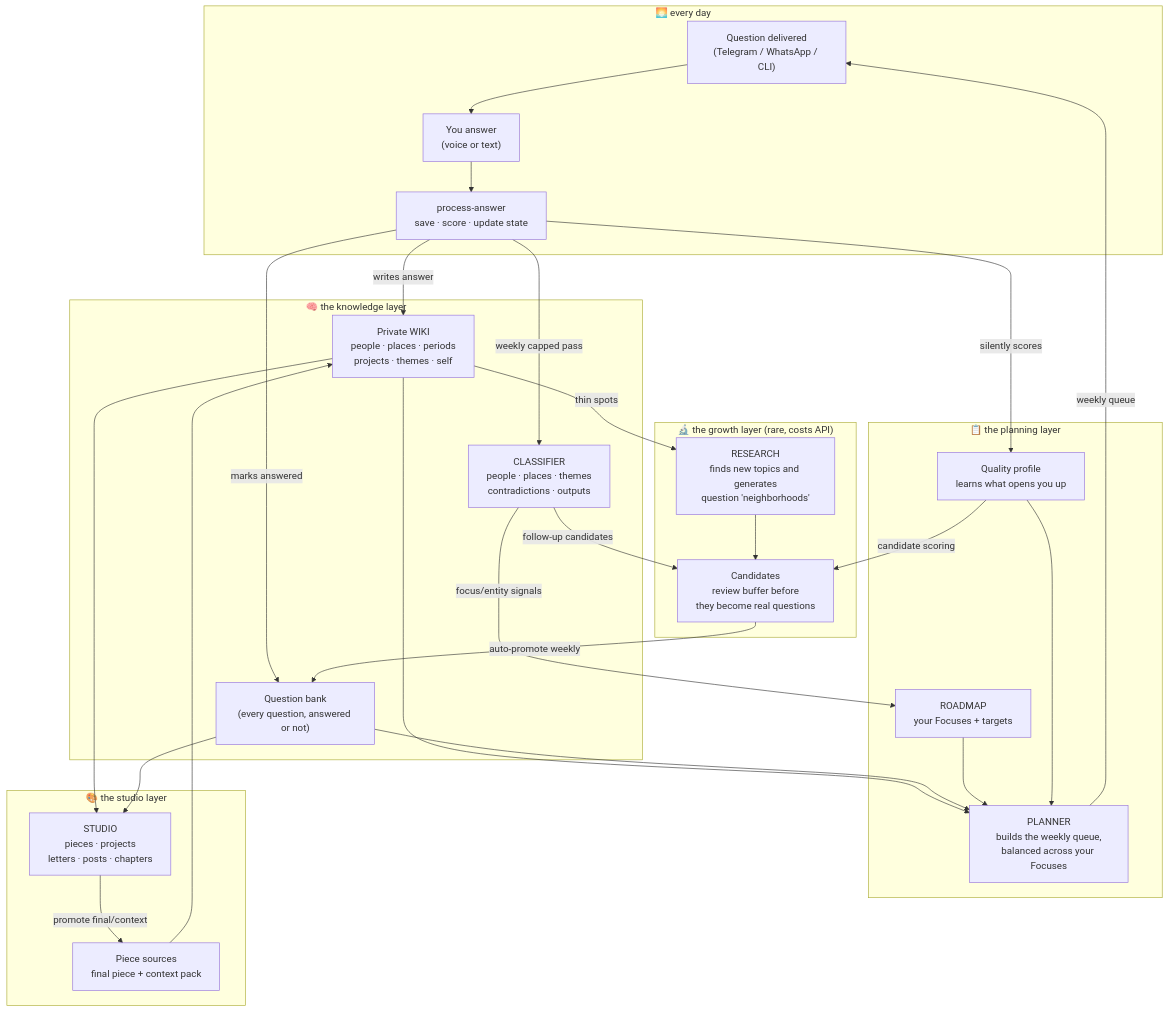
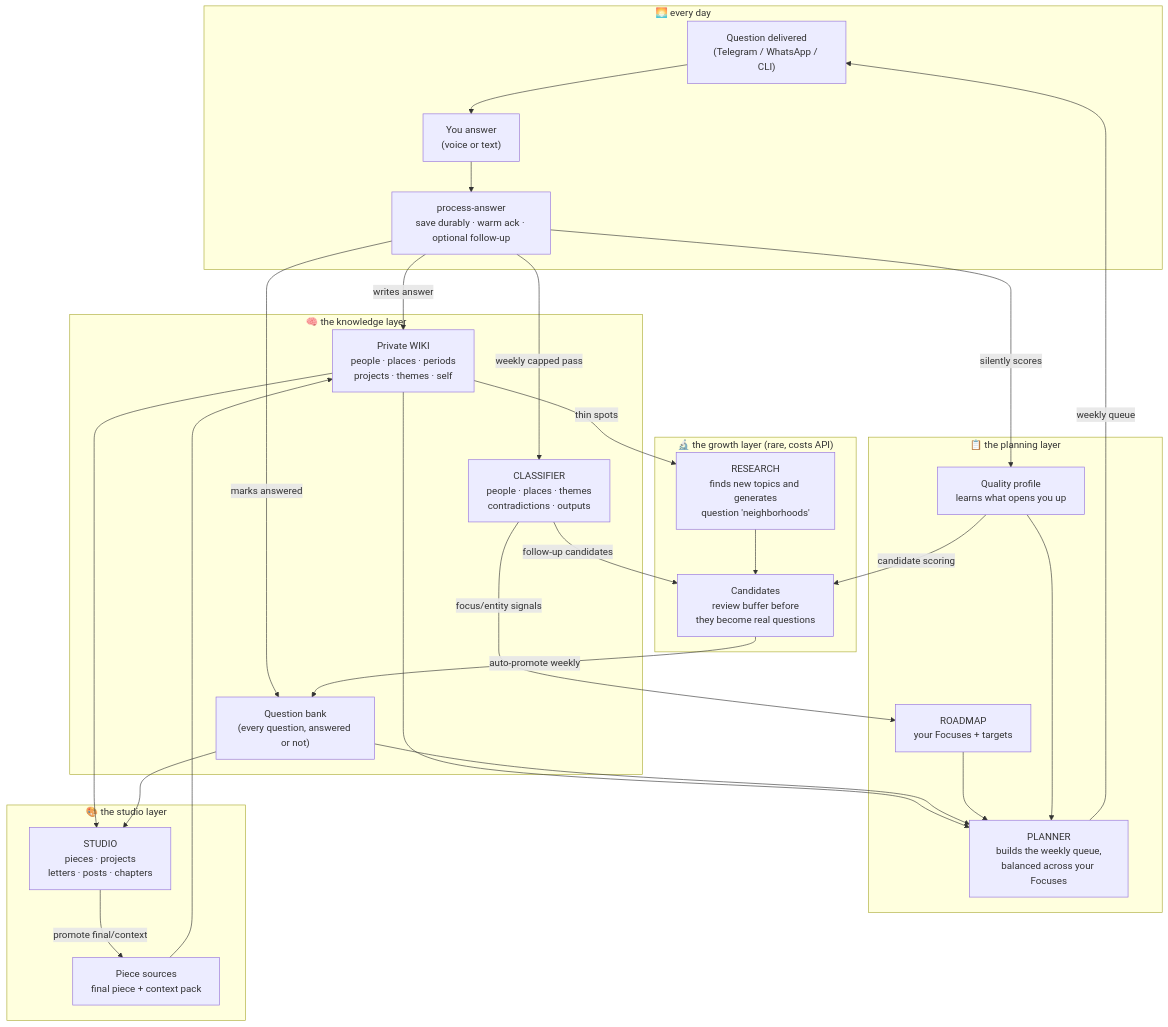
The first of 9 diagrams in README.md (lifehug/lifehug), drawn with Mermaid before and after one commit. The commit also changed other lines of this file and 16 other files, not shown here.

````diff
--- a/README.md
+++ b/README.md
@@ -54,52 +54,52 @@
 ```mermaid
 flowchart TB
     subgraph daily["🌅 every day"]
         Q["Question delivered<br/>(Telegram / WhatsApp / CLI)"]
         A["You answer<br/>(voice or text)"]
-        P["process-answer<br/>save · score · update state"]
+        P["process-answer<br/>save durably · warm ack · optional follow-up"]
         Q --> A --> P
     end
 
     subgraph brain["🧠 the knowledge layer"]
         W["Private WIKI<br/>people · places · periods<br/>projects · themes · self"]
         CL["CLASSIFIER<br/>people · places · themes<br/>contradictions · outputs"]
         QB["Question bank<br/>(every question, answered or not)"]
     end
 
     subgraph think["📋 the planning layer"]
         PL["PLANNER<br/>builds the weekly queue,<br/>balanced across your Focuses"]
         RM["ROADMAP<br/>your Focuses + targets"]
         QP["Quality profile<br/>learns what opens you up"]
     end
 
     subgraph grow["🔬 the growth layer (rare, costs API)"]
         RE["RESEARCH<br/>finds new topics and generates<br/>question 'neighborhoods'"]
         CA["Candidates<br/>review buffer before<br/>they become real questions"]
     end
 
     subgraph make["🎨 the studio layer"]
         OUT["STUDIO<br/>pieces · projects<br/>letters · posts · chapters"]
         SRC["Piece sources<br/>final piece + context pack"]
     end
 
     P -->|writes answer| W
     P -->|weekly capped pass| CL
     P -->|marks answered| QB
     P -->|silently scores| QP
     CL -->|follow-up candidates| CA
     CL -->|focus/entity signals| RM
     W --> PL
     QB --> PL
     RM --> PL
     QP --> PL
     PL -->|weekly queue| Q
     W -->|thin spots| RE
     RE --> CA
     CA -->|auto-promote weekly| QB
 
     W --> OUT
     QB --> OUT
     OUT -->|promote final/context| SRC
     SRC --> W
     QP -->|candidate scoring| CA
 ```
````
